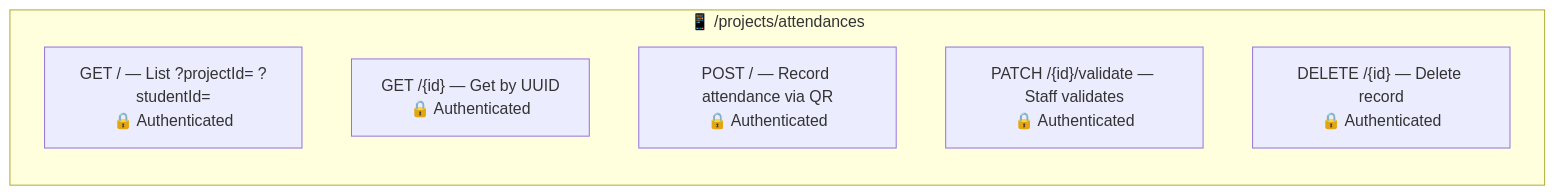
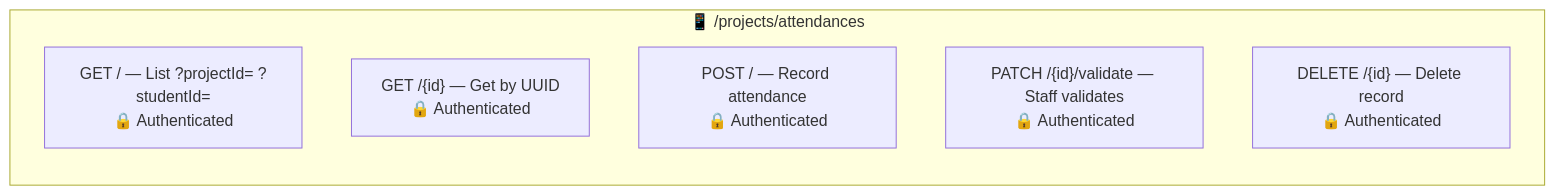
The fifth of 9 diagrams in src/main/java/br/org/catolicasc/pug/project/README.md (Plataforma-Universidade-Gratuita/pug-service), drawn with Mermaid before and after one commit. The commit also changed other lines of this file and 227 other files, not shown here.

````diff
--- a/src/main/java/br/org/catolicasc/pug/project/README.md
+++ b/src/main/java/br/org/catolicasc/pug/project/README.md
@@ -187,11 +198,11 @@
 ```mermaid
 graph LR
     subgraph Attendances["📱 /projects/attendances"]
         direction TB
         GET_LIST["GET / — List ?projectId= ?studentId=<br/>🔒 Authenticated"]
         GET_ID["GET /{id} — Get by UUID<br/>🔒 Authenticated"]
-        POST["POST / — Record attendance via QR<br/>🔒 Authenticated"]
+        POST["POST / — Record attendance<br/>🔒 Authenticated"]
         PATCH["PATCH /{id}/validate — Staff validates<br/>🔒 Authenticated"]
         DELETE["DELETE /{id} — Delete record<br/>🔒 Authenticated"]
     end
 ```
````
